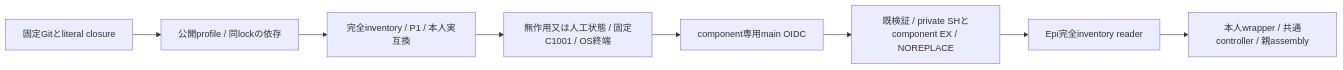
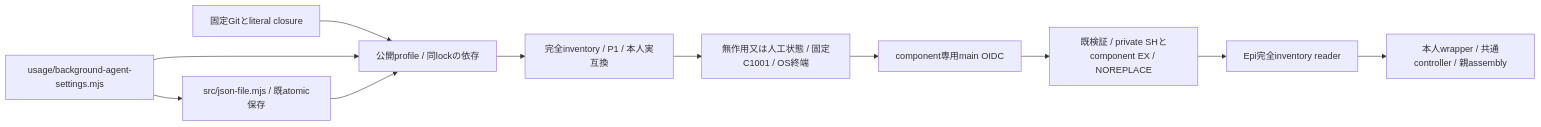
The first of 3 diagrams in docs/architecture/modules/distribution/business-artifacts.md (kitepon/BellTeam), drawn with Mermaid before and after one commit. The commit also changed other lines of this file and 31 other files, not shown here.

Commit message:
Connect background summary settings, shared model effects and independent work states

````diff
--- a/docs/architecture/modules/distribution/business-artifacts.md
+++ b/docs/architecture/modules/distribution/business-artifacts.md
@@ -5,10 +5,13 @@
 ```mermaid
 flowchart LR
   Git[固定Gitとliteral closure] --> Pack[公開profile / 同lockの依存]
+  Background[usage/background-agent-settings.mjs] --> Atomic[src/json-file.mjs / 既atomic保存]
+  Background --> Pack
+  Atomic --> Pack
   Pack --> Archive[完全inventory / P1 / 本人実互換]
   Archive --> Probe[無作用又は人工状態 / 固定C1001 / OS終端]
   Probe --> Sign[component専用main OIDC]
   Sign --> Root[既検証 / private SHとcomponent EX / NOREPLACE]
   Root --> Reader[Epi完全inventory reader]
   Reader --> Generation[本人wrapper / 共通controller / 親assembly]
 ```
````
